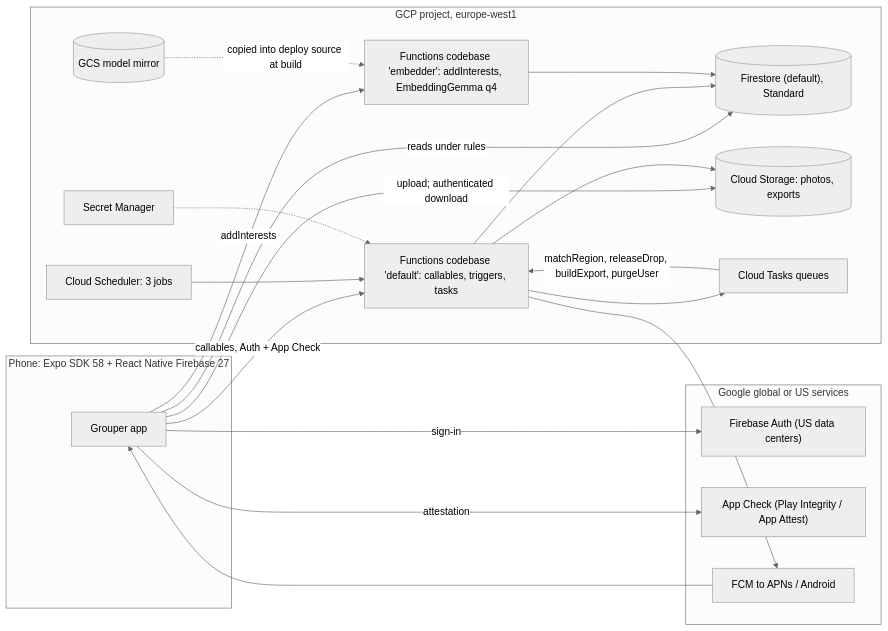
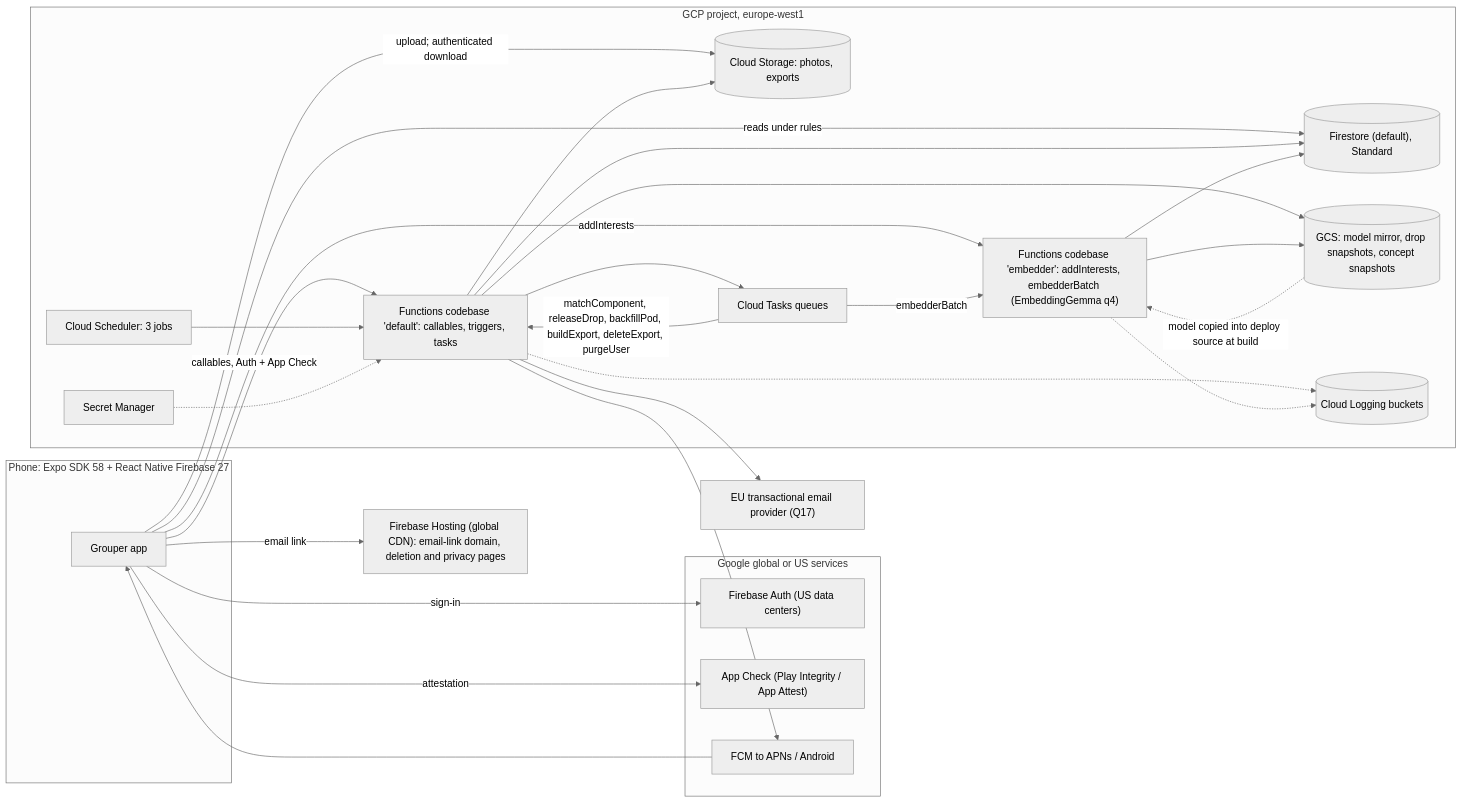
Before and after one commit to ffMathy/friendpod: the diagram in docs/DESIGN.md, drawn with Mermaid (neutral theme). The commit also changed other lines of this file and 1 other file, not shown here.

First line of the commit message:
docs: revise design and privacy docs after adversarial review

````diff
--- a/docs/DESIGN.md
+++ b/docs/DESIGN.md
@@ -572,37 +677,47 @@
 ```mermaid
 flowchart LR
   subgraph Phone["Phone: Expo SDK 58 + React Native Firebase 27"]
     APP["Grouper app"]
   end
   subgraph G["Google global or US services"]
     AUTH["Firebase Auth (US data centers)"]
     AC["App Check (Play Integrity / App Attest)"]
     FCM["FCM to APNs / Android"]
   end
   subgraph EU["GCP project, europe-west1"]
     FS[("Firestore (default), Standard")]
     ST[("Cloud Storage: photos, exports")]
     API["Functions codebase 'default': callables, triggers, tasks"]
-    EMB["Functions codebase 'embedder': addInterests, EmbeddingGemma q4"]
+    EMB["Functions codebase 'embedder': addInterests, embedderBatch (EmbeddingGemma q4)"]
     SCH["Cloud Scheduler: 3 jobs"]
     CT["Cloud Tasks queues"]
     SM["Secret Manager"]
-    GCS[("GCS model mirror")]
+    GCS[("GCS: model mirror, drop snapshots, concept snapshots")]
+    LOG[("Cloud Logging buckets")]
   end
+  HOST["Firebase Hosting (global CDN): email-link domain, deletion and privacy pages"]
+  MAIL["EU transactional email provider (Q17)"]
   APP -->|sign-in| AUTH
+  APP -->|"email link"| HOST
   APP -->|attestation| AC
   APP -->|"reads under rules"| FS
   APP -->|"callables, Auth + App Check"| API
   APP -->|addInterests| EMB
   APP -->|"upload; authenticated download"| ST
   SCH --> API
   API --> CT
-  CT -->|"matchRegion, releaseDrop, buildExport, purgeUser"| API
+  CT -->|"matchComponent, releaseDrop, backfillPod, buildExport, deleteExport, purgeUser"| API
+  CT -->|embedderBatch| EMB
   API --> FS
   API --> ST
+  API --> GCS
   API --> FCM
+  API --> MAIL
   FCM --> APP
   EMB --> FS
+  EMB --> GCS
+  API -.-> LOG
+  EMB -.-> LOG
   SM -.-> API
-  GCS -.->|"copied into deploy source at build"| EMB
+  GCS -.->|"model copied into deploy source at build"| EMB
 ```
````
